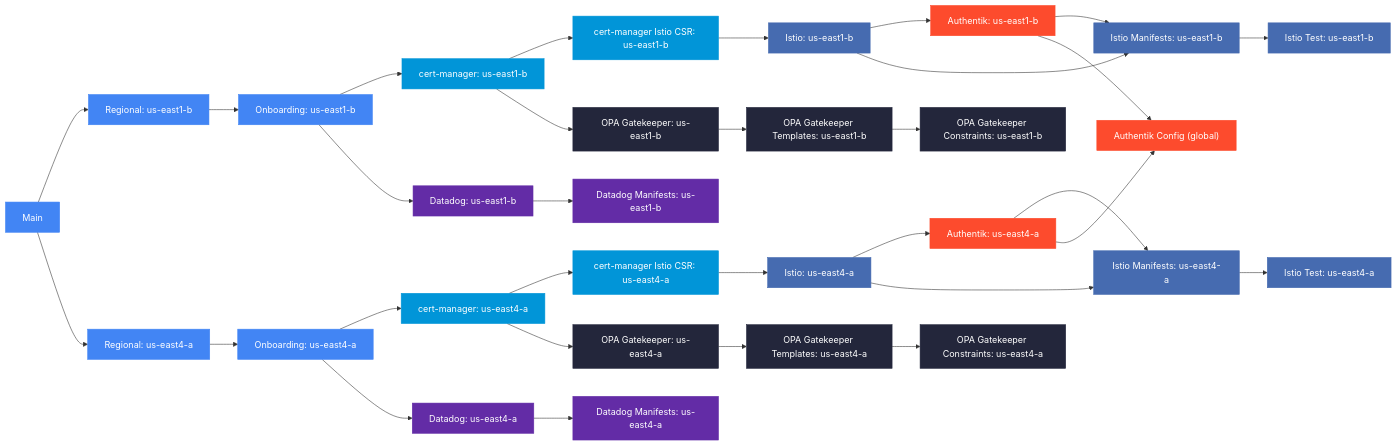
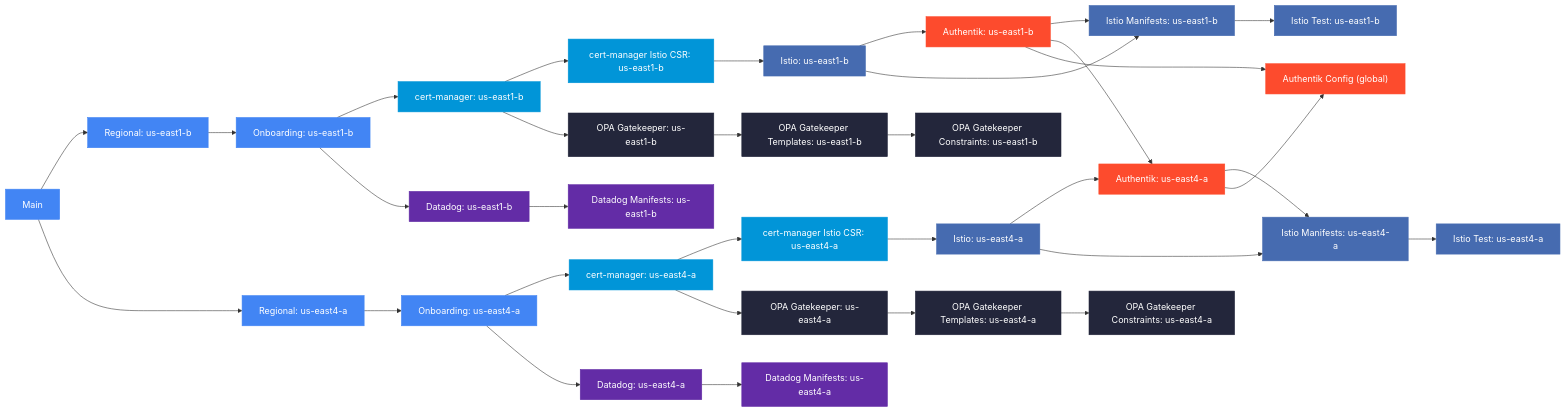
One commit to osinfra-io/pt-pneuma changed the diagram in README.md. Above: the diagram before and after it, drawn with Mermaid. The commit also changed other lines of this file and 3 other files, not shown here.

````diff
--- a/README.md
+++ b/README.md
@@ -36,44 +38,45 @@
 ```mermaid
 flowchart LR
     classDef gke fill:#4285F4,stroke:#4285F4,color:#fff
     classDef certmanager fill:#0195D8,stroke:#0195D8,color:#fff
     classDef istio fill:#466BB0,stroke:#466BB0,color:#fff
     classDef datadog fill:#632CA6,stroke:#632CA6,color:#fff
     classDef opa fill:#23263B,stroke:#23263B,color:#fff
     classDef authentik fill:#FD4B2D,stroke:#FD4B2D,color:#fff
 
     main["Main"]:::gke
 
     main --> z1_regional["Regional: us-east1-b"]:::gke
     z1_regional --> z1_onboarding["Onboarding: us-east1-b"]:::gke
     z1_onboarding --> z1_cert_manager["cert-manager: us-east1-b"]:::certmanager
     z1_onboarding --> z1_datadog["Datadog: us-east1-b"]:::datadog
     z1_cert_manager --> z1_cert_manager_istio_csr["cert-manager Istio CSR: us-east1-b"]:::certmanager
     z1_cert_manager --> z1_opa_gatekeeper["OPA Gatekeeper: us-east1-b"]:::opa
     z1_cert_manager_istio_csr --> z1_istio["Istio: us-east1-b"]:::istio
     z1_istio --> z1_authentik["Authentik: us-east1-b"]:::authentik
     z1_istio --> z1_istio_manifests["Istio Manifests: us-east1-b"]:::istio
     z1_authentik --> z1_istio_manifests
     z1_istio_manifests --> z1_istio_test["Istio Test: us-east1-b"]:::istio
     z1_datadog --> z1_datadog_manifests["Datadog Manifests: us-east1-b"]:::datadog
     z1_opa_gatekeeper --> z1_opa_templates["OPA Gatekeeper Templates: us-east1-b"]:::opa
     z1_opa_templates --> z1_opa_constraints["OPA Gatekeeper Constraints: us-east1-b"]:::opa
 
     main --> z2_regional["Regional: us-east4-a"]:::gke
     z2_regional --> z2_onboarding["Onboarding: us-east4-a"]:::gke
     z2_onboarding --> z2_cert_manager["cert-manager: us-east4-a"]:::certmanager
     z2_onboarding --> z2_datadog["Datadog: us-east4-a"]:::datadog
     z2_cert_manager --> z2_cert_manager_istio_csr["cert-manager Istio CSR: us-east4-a"]:::certmanager
     z2_cert_manager --> z2_opa_gatekeeper["OPA Gatekeeper: us-east4-a"]:::opa
     z2_cert_manager_istio_csr --> z2_istio["Istio: us-east4-a"]:::istio
-    z2_istio --> z2_authentik["Authentik: us-east4-a"]:::authentik
+    z1_authentik --> z2_authentik["Authentik: us-east4-a"]:::authentik
+    z2_istio --> z2_authentik
     z2_istio --> z2_istio_manifests["Istio Manifests: us-east4-a"]:::istio
     z2_authentik --> z2_istio_manifests
     z2_istio_manifests --> z2_istio_test["Istio Test: us-east4-a"]:::istio
     z2_datadog --> z2_datadog_manifests["Datadog Manifests: us-east4-a"]:::datadog
     z2_opa_gatekeeper --> z2_opa_templates["OPA Gatekeeper Templates: us-east4-a"]:::opa
     z2_opa_templates --> z2_opa_constraints["OPA Gatekeeper Constraints: us-east4-a"]:::opa
 
     z1_authentik --> authentik_config["Authentik Config (global)"]:::authentik
     z2_authentik --> authentik_config
 ```
````
